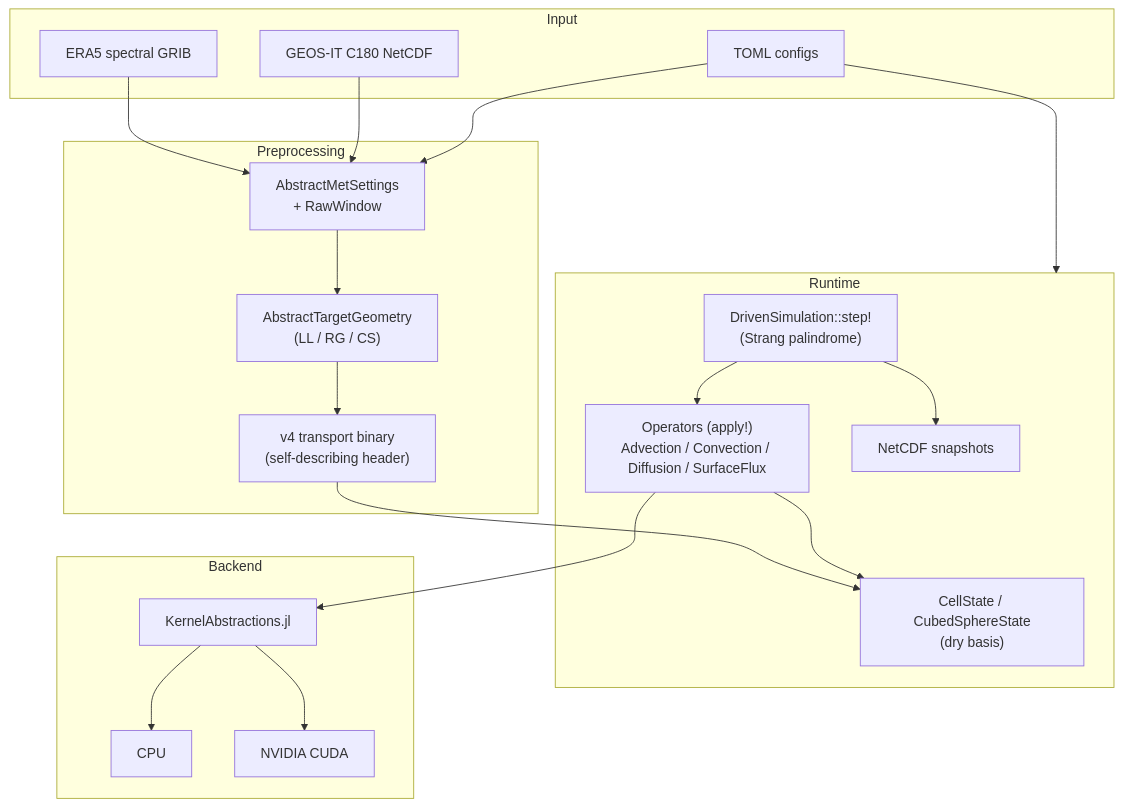
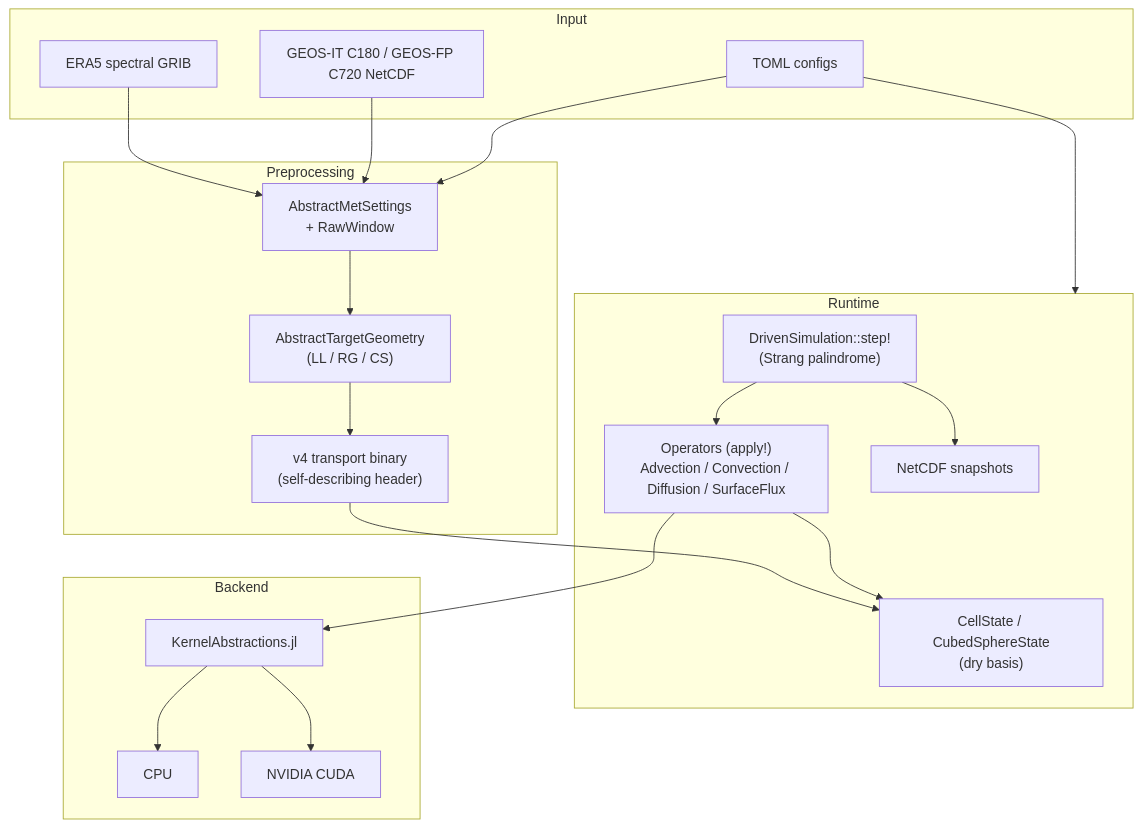
Before and after one commit to RemoteSensingTools/AtmosTransport: the diagram in README.md, drawn with Mermaid. The commit also changed other lines of this file and 15 other files, not shown here.

````diff
--- a/README.md
+++ b/README.md
@@ -201,37 +202,37 @@
 ```mermaid
 flowchart TD
     subgraph IN["Input"]
         ERA5["ERA5 spectral GRIB"]
-        GEOS["GEOS-IT C180 NetCDF"]
+        GEOS["GEOS-IT C180 / GEOS-FP C720 NetCDF"]
         TOML["TOML configs"]
     end
     subgraph PRE["Preprocessing"]
         SRC["AbstractMetSettings<br/>+ RawWindow"]
         TGT["AbstractTargetGeometry<br/>(LL / RG / CS)"]
         BIN["v4 transport binary<br/>(self-describing header)"]
     end
     subgraph RT["Runtime"]
         STATE["CellState / CubedSphereState<br/>(dry basis)"]
         OPS["Operators (apply!)<br/>Advection / Convection / Diffusion / SurfaceFlux"]
         STEP["DrivenSimulation::step!<br/>(Strang palindrome)"]
         SNAP["NetCDF snapshots"]
     end
     subgraph BACK["Backend"]
         KA["KernelAbstractions.jl"]
         CPU["CPU"]
         CUDA["NVIDIA CUDA"]
     end
     ERA5 --> SRC
     GEOS --> SRC
     TOML --> SRC
     TOML --> RT
     SRC --> TGT
     TGT --> BIN
     BIN --> STATE
     STEP --> OPS
     OPS --> STATE
     STEP --> SNAP
     OPS --> KA
     KA --> CPU
     KA --> CUDA
 ```
````
